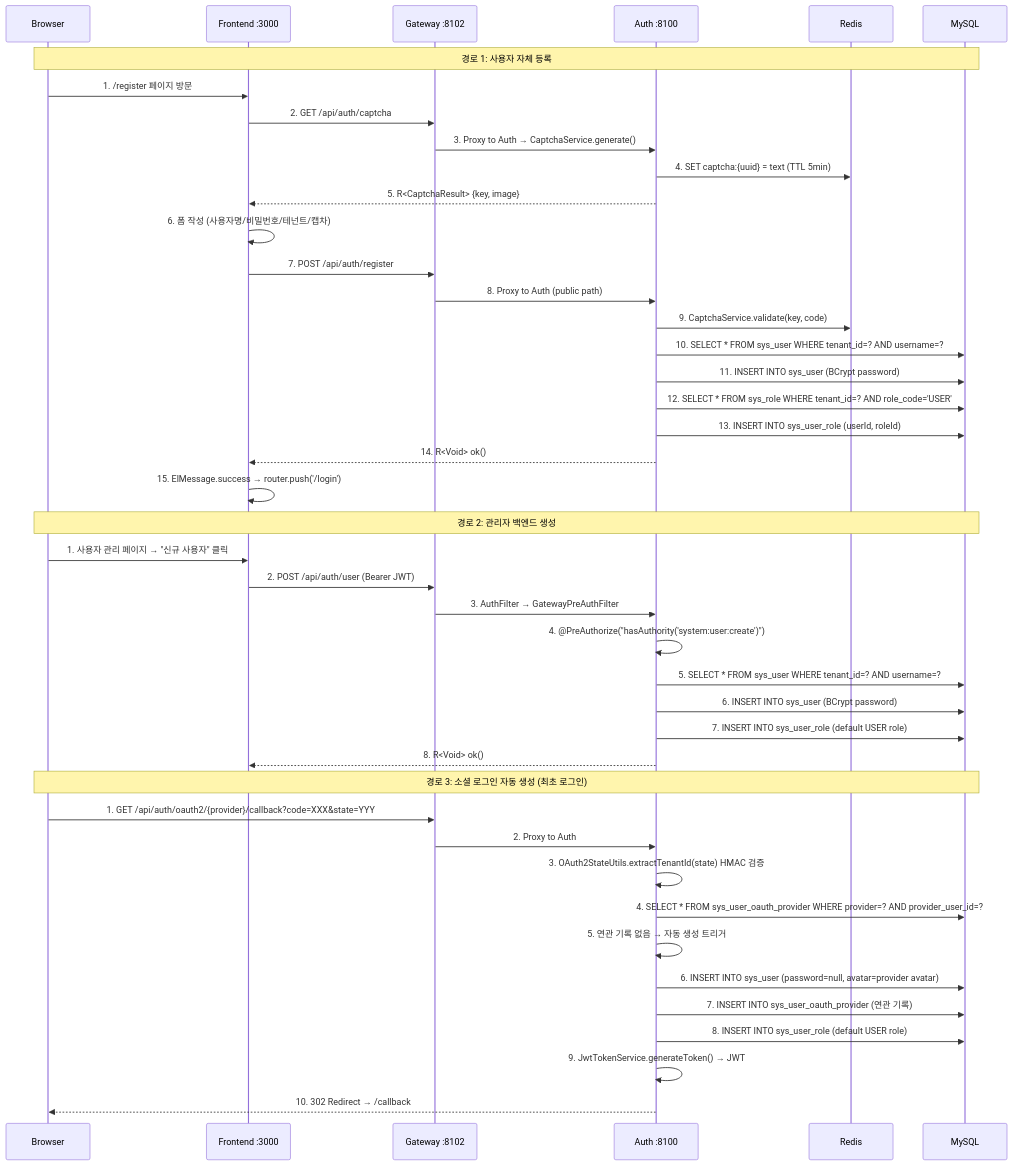
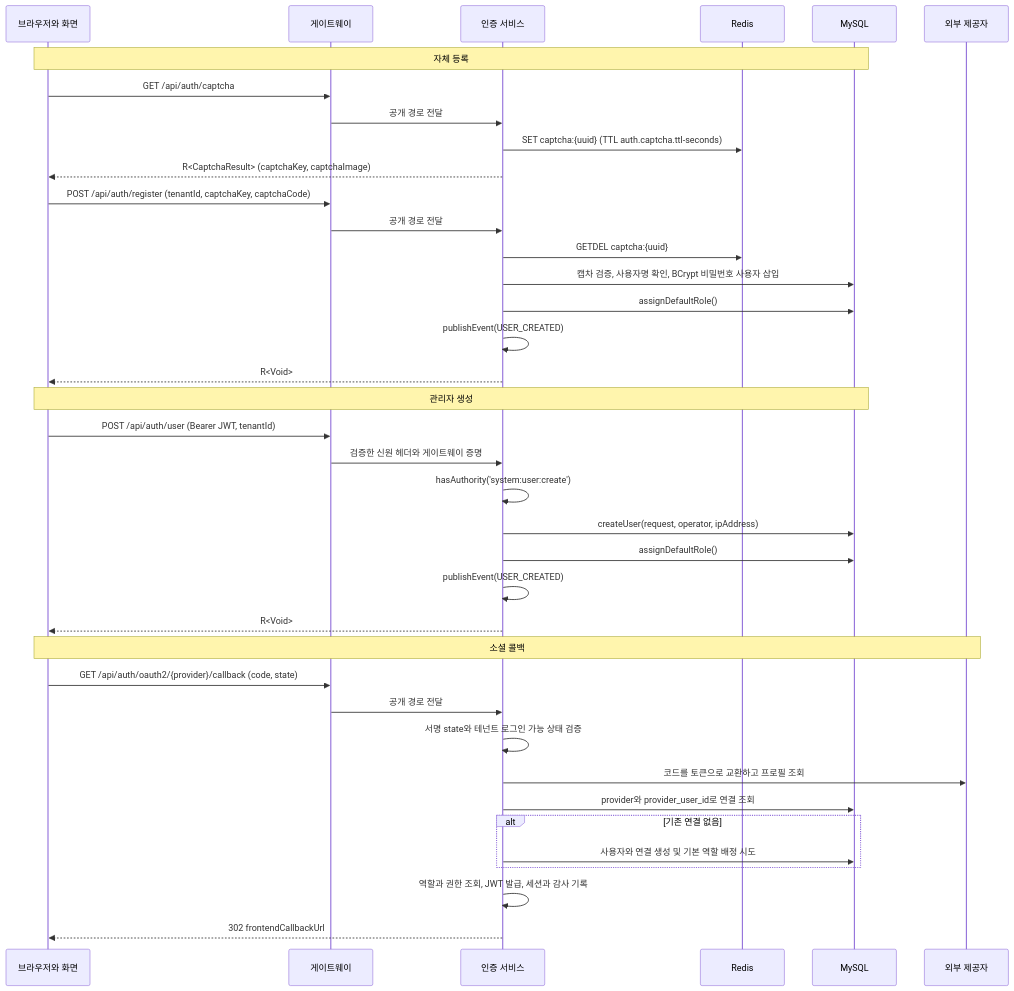
The seventh of 21 diagrams in docs/core-flows.kr.md (wang-baohai/Omni-Stack), drawn with Mermaid before and after one commit. The commit also changed other lines of this file and 1095 other files, not shown here.

````diff
--- a/docs/core-flows.kr.md
+++ b/docs/core-flows.kr.md
@@ -825,48 +683,40 @@
 ```mermaid
 sequenceDiagram
-    participant B as Browser
-    participant F as Frontend :3000
-    participant G as Gateway :8102
-    participant A as Auth :8100
+    participant C as 브라우저와 화면
+    participant G as 게이트웨이
+    participant A as 인증 서비스
     participant R as Redis
-    participant M as MySQL
-
-    Note over B,M: 경로 1: 사용자 자체 등록
-    B->>F: 1. /register 페이지 방문
-    F->>G: 2. GET /api/auth/captcha
-    G->>A: 3. Proxy to Auth → CaptchaService.generate()
-    A->>R: 4. SET captcha:{uuid} = text (TTL 5min)
-    A-->>F: 5. R<CaptchaResult> {key, image}
-    F->>F: 6. 폼 작성 (사용자명/비밀번호/테넌트/캡차)
-    F->>G: 7. POST /api/auth/register
-    G->>A: 8. Proxy to Auth (public path)
-    A->>R: 9. CaptchaService.validate(key, code)
-    A->>M: 10. SELECT * FROM sys_user WHERE tenant_id=? AND username=?
-    A->>M: 11. INSERT INTO sys_user (BCrypt password)
-    A->>M: 12. SELECT * FROM sys_role WHERE tenant_id=? AND role_code='USER'
-    A->>M: 13. INSERT INTO sys_user_role (userId, roleId)
-    A-->>F: 14. R<Void> ok()
-    F->>F: 15. ElMessage.success → router.push('/login')
-
-    Note over B,M: 경로 2: 관리자 백엔드 생성
-    B->>F: 1. 사용자 관리 페이지 → "신규 사용자" 클릭
-    F->>G: 2. POST /api/auth/user (Bearer JWT)
-    G->>A: 3. AuthFilter → GatewayPreAuthFilter
-    A->>A: 4. @PreAuthorize("hasAuthority('system:user:create')")
-    A->>M: 5. SELECT * FROM sys_user WHERE tenant_id=? AND username=?
-    A->>M: 6. INSERT INTO sys_user (BCrypt password)
-    A->>M: 7. INSERT INTO sys_user_role (default USER role)
-    A-->>F: 8. R<Void> ok()
-
-    Note over B,M: 경로 3: 소셜 로그인 자동 생성 (최초 로그인)
-    B->>G: 1. GET /api/auth/oauth2/{provider}/callback?code=XXX&state=YYY
-    G->>A: 2. Proxy to Auth
-    A->>A: 3. OAuth2StateUtils.extractTenantId(state) HMAC 검증
-    A->>M: 4. SELECT * FROM sys_user_oauth_provider WHERE provider=? AND provider_user_id=?
-    A->>A: 5. 연관 기록 없음 → 자동 생성 트리거
-    A->>M: 6. INSERT INTO sys_user (password=null, avatar=provider avatar)
-    A->>M: 7. INSERT INTO sys_user_oauth_provider (연관 기록)
-    A->>M: 8. INSERT INTO sys_user_role (default USER role)
-    A->>A: 9. JwtTokenService.generateToken() → JWT
-    A-->>B: 10. 302 Redirect → /callback#token=JWT
+    participant D as MySQL
+    participant P as 외부 제공자
+    Note over C,D: 자체 등록
+    C->>G: GET /api/auth/captcha
+    G->>A: 공개 경로 전달
+    A->>R: SET captcha:{uuid} (TTL auth.captcha.ttl-seconds)
+    A-->>C: R<CaptchaResult> (captchaKey, captchaImage)
+    C->>G: POST /api/auth/register (tenantId, captchaKey, captchaCode)
+    G->>A: 공개 경로 전달
+    A->>R: GETDEL captcha:{uuid}
+    A->>D: 캡차 검증, 사용자명 확인, BCrypt 비밀번호 사용자 삽입
+    A->>D: assignDefaultRole()
+    A->>A: publishEvent(USER_CREATED)
+    A-->>C: R<Void>
+    Note over C,D: 관리자 생성
+    C->>G: POST /api/auth/user (Bearer JWT, tenantId)
+    G->>A: 검증한 신원 헤더와 게이트웨이 증명
+    A->>A: hasAuthority('system:user:create')
+    A->>D: createUser(request, operator, ipAddress)
+    A->>D: assignDefaultRole()
+    A->>A: publishEvent(USER_CREATED)
+    A-->>C: R<Void>
+    Note over C,P: 소셜 콜백
+    C->>G: GET /api/auth/oauth2/{provider}/callback (code, state)
+    G->>A: 공개 경로 전달
+    A->>A: 서명 state와 테넌트 로그인 가능 상태 검증
+    A->>P: 코드를 토큰으로 교환하고 프로필 조회
+    A->>D: provider와 provider_user_id로 연결 조회
+    alt 기존 연결 없음
+        A->>D: 사용자와 연결 생성 및 기본 역할 배정 시도
+    end
+    A->>A: 역할과 권한 조회, JWT 발급, 세션과 감사 기록
+    A-->>C: 302 frontendCallbackUrl#token=...&username=...
 ```
````
